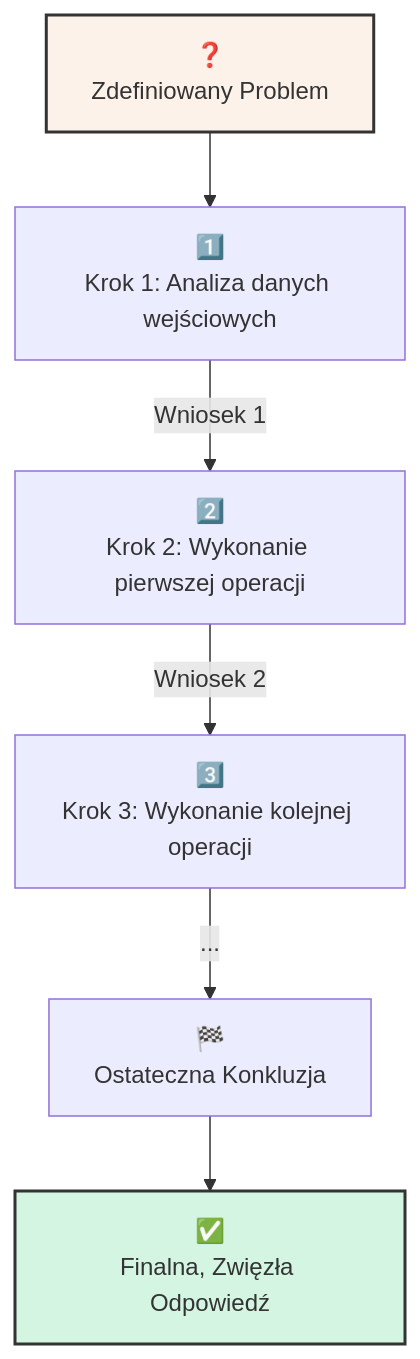
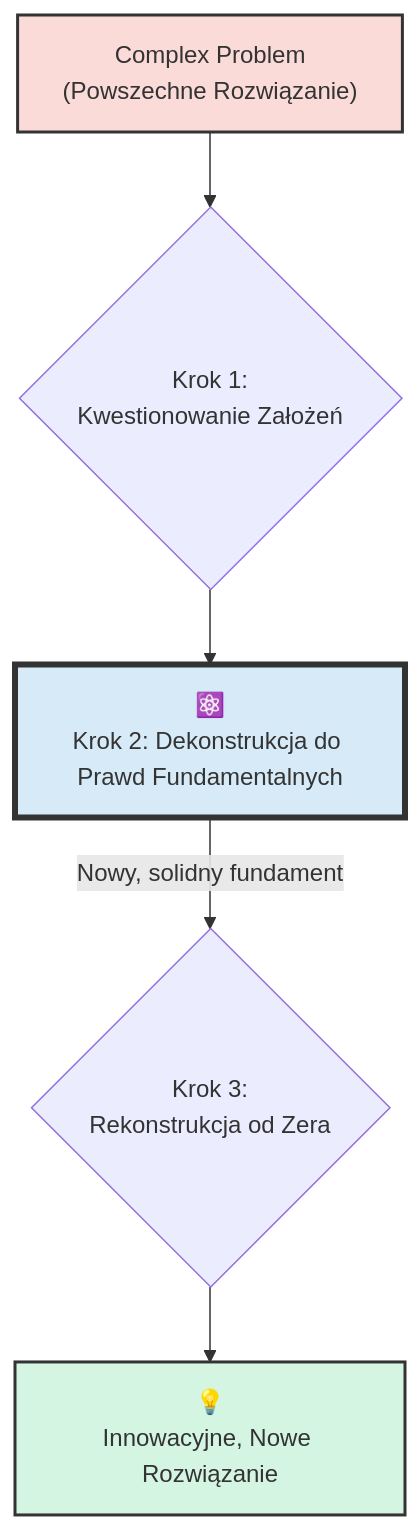
One commit to jacmal/Biblioteka_Klockow_Poznawczych changed the diagram in 1_Łancuch_Mysli_Chain_of_Tought.md. Above: the diagram before and after it, drawn with Mermaid. The commit also changed other lines of this file, not shown here.

`````diff
--- a/1_Łancuch_Mysli_Chain_of_Tought.md
+++ b/1_Łancuch_Mysli_Chain_of_Tought.md
@@ -48,11 +48,11 @@
 ```mermaid
 graph TD
-    A["❓<br>Zdefiniowany Problem"] --> B["1️⃣<br>Krok 1: Analiza danych wejściowych"];
-    B -- "Wniosek 1" --> C["2️⃣<br>Krok 2: Wykonanie pierwszej operacji"];
-    C -- "Wniosek 2" --> D["3️⃣<br>Krok 3: Wykonanie kolejnej operacji"];
-    D -- "..." --> E["🏁<br>Ostateczna Konkluzja"];
-    E --> F["✅<br>Finalna, Zwięzła Odpowiedź"];
+    A["Complex Problem<br>(Powszechne Rozwiązanie)"] --> B{"Krok 1:<br>Kwestionowanie Założeń"};
+    B --> C["⚛️<br>Krok 2: Dekonstrukcja do Prawd Fundamentalnych"];
+    C -- "Nowy, solidny fundament" --> D{"Krok 3:<br>Rekonstrukcja od Zera"};
+    D --> E["💡<br>Innowacyjne, Nowe Rozwiązanie"];
 
-    style A fill:#FDF2E9,stroke:#333,stroke-width:2px
-    style F fill:#D5F5E3,stroke:#333,stroke-width:2px
-````
+    style A fill:#FADBD8,stroke:#333,stroke-width:2px
+    style C fill:#D6EAF8,stroke:#333,stroke-width:4px
+    style E fill:#D5F5E3,stroke:#333,stroke-width:2px
+```
`````
